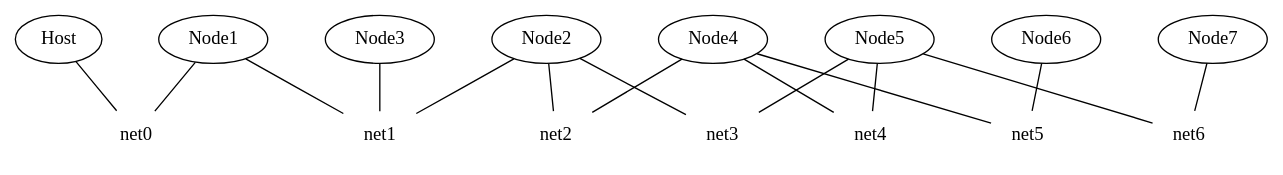
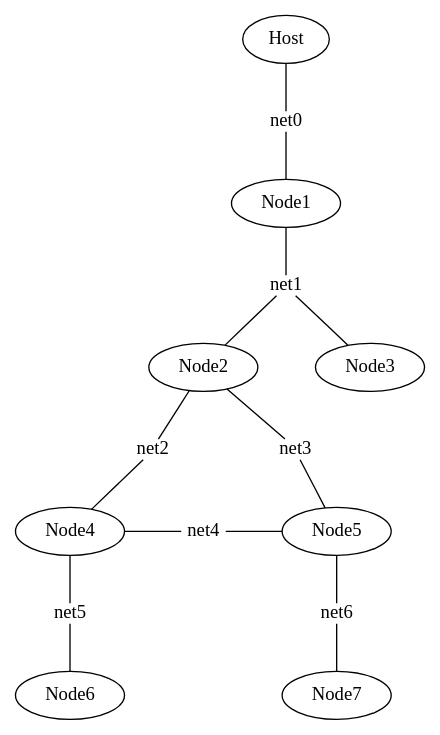
The diagram in network.gv (royalmo/docker-networks), drawn with Graphviz before and after one commit.

Commit message:
Finished network graph

```diff
--- a/network.gv
+++ b/network.gv
@@ -1,62 +1,67 @@
 # This file is part of the Docker-Networks' Lab session support files.
 # Copyright (C) 2022-2023 Eric Roy <eric@ericroy.net>
 #
 # This program is free software: you can redistribute it and/or modify
 # it under the terms of the GNU General Public License as published by
 # the Free Software Foundation, either version 3 of the License, or
 # (at your option) any later version.
 #
 # This program is distributed in the hope that it will be useful,
 # but WITHOUT ANY WARRANTY; without even the implied warranty of
 # MERCHANTABILITY or FITNESS FOR A PARTICULAR PURPOSE.  See the
 # GNU General Public License for more details.
 #
 # You should have received a copy of the GNU General Public License
 # along with this program.  If not, see <http://www.gnu.org/licenses/>.
 
 # This graph is a representation of the network system in the lasts tasks
 # of the lab session. Get a PNG image from it with
-# dot -T png network.gv
+# `dot -T png network.gv > network.png`
 
-graph G {
+strict graph G {
     nodesep=0.6;
-    // subgraph {
-    //     rank = same; Host;
-    //     rank = same; Node4; Node5; 
-    // }
+    rankdir = TB;
+
+    subgraph {
+        {rank = source; Host;}
+        {rank = same; Node4; net4; Node5}
+        {rank = same; net5; net6}
+        {rank = same; Node6; Node7}
+        {rank = same; net2; net3}
+        {rank = same; Node2; Node3}
+    }
 
 # Example of how subnets can be speficied
-#   net0 [shape="none" label="net0\nsubnet: 127.0.17.0/24"]
-    net0 [shape="none"]
-    net1 [shape="none"]
-    net2 [shape="none"]
-    net3 [shape="none"]
-    net4 [shape="none"]
-    net5 [shape="none"]
-    net6 [shape="none"]
+#   net0 [shape="plain" label="net0\nsubnet: 127.0.17.0/24"]
+    net0 [shape="plain"]
+    net1 [shape="plain"]
+    net2 [shape="plain"]
+    net3 [shape="plain"]
+    net4 [shape="plain"]
+    net5 [shape="plain"]
+    net6 [shape="plain"]
 
 # Example of how interfaces and IPs can be speficied
 #   Host -- net0 [label="127.0.17.1\ndev: docker0"]
     Host -- net0
+    net0 -- Node1
 
-    Node1 -- net0
     Node1 -- net1
+    net1 -- Node2
+    net1 -- Node3
 
-    Node2 -- net1
     Node2 -- net2
+    net2 -- Node4
+
     Node2 -- net3
+    net3 -- Node5
 
-    Node3 -- net1
+    Node4 -- net4
+    net4 -- Node5
 
-    Node4 -- net2
-    Node4 -- net4
     Node4 -- net5
+    net5 -- Node6
 
-    Node5 -- net3
-    Node5 -- net4
     Node5 -- net6
-
-    Node6 -- net5
-
-    Node7 -- net6
+    net6 -- Node7
 }
```
